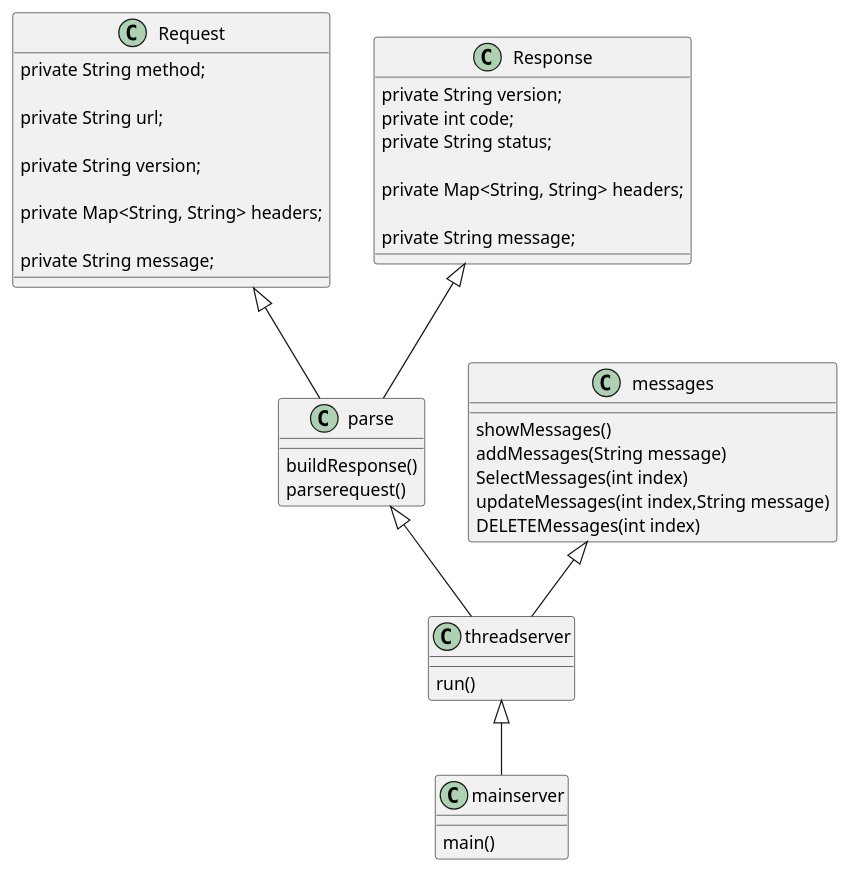
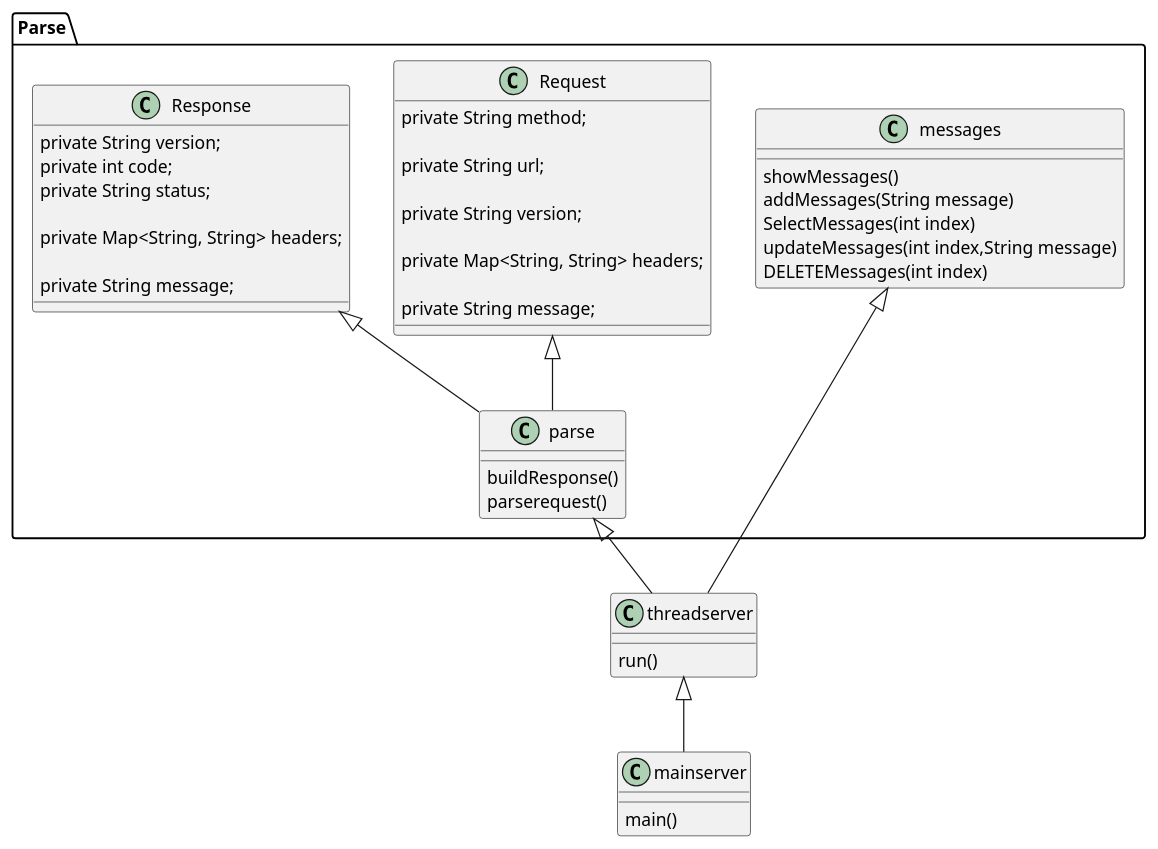
The diagram in target/classes/test.puml (THARK453/SWE1-MTCG), drawn with PlantUML before and after one commit. The commit also changed 25 other files, not shown here.

```diff
--- a/target/classes/test.puml
+++ b/target/classes/test.puml
@@ -1,52 +1,52 @@
 @startuml
 
 
 
 threadserver <|-- mainserver
-Request <|-- parse
-Response <|-- parse
-parse <|-- threadserver
-messages <|-- threadserver
+Parse.Request <|-- Parse.parse
+Parse.Response <|-- Parse.parse
+Parse.parse <|-- threadserver
+Parse.messages <|-- threadserver
 
 class mainserver {
    main()
 }
 
 class threadserver {
  run()
 }
-class Request{
+class Parse.Request{
     private String method;
 
     private String url;
 
     private String version;
 
     private Map<String, String> headers;
 
     private String message;
 }
 
-class parse{
+class Parse.parse{
  buildResponse()
  parserequest()
 }
 
-class Response{
+class Parse.Response{
     private String version;
     private int code;
     private String status;
 
     private Map<String, String> headers;
 
     private String message;
 }
-class messages{
+class Parse.messages{
 showMessages()
 addMessages(String message)
 SelectMessages(int index)
 updateMessages(int index,String message)
 DELETEMessages(int index)
 }
 
 @enduml
```
